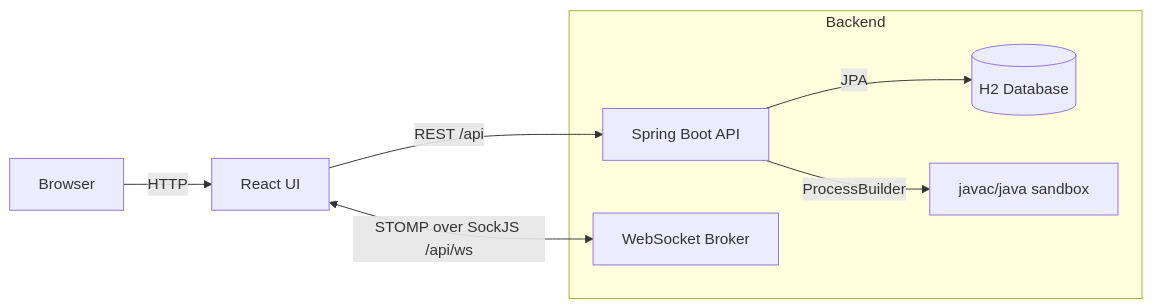
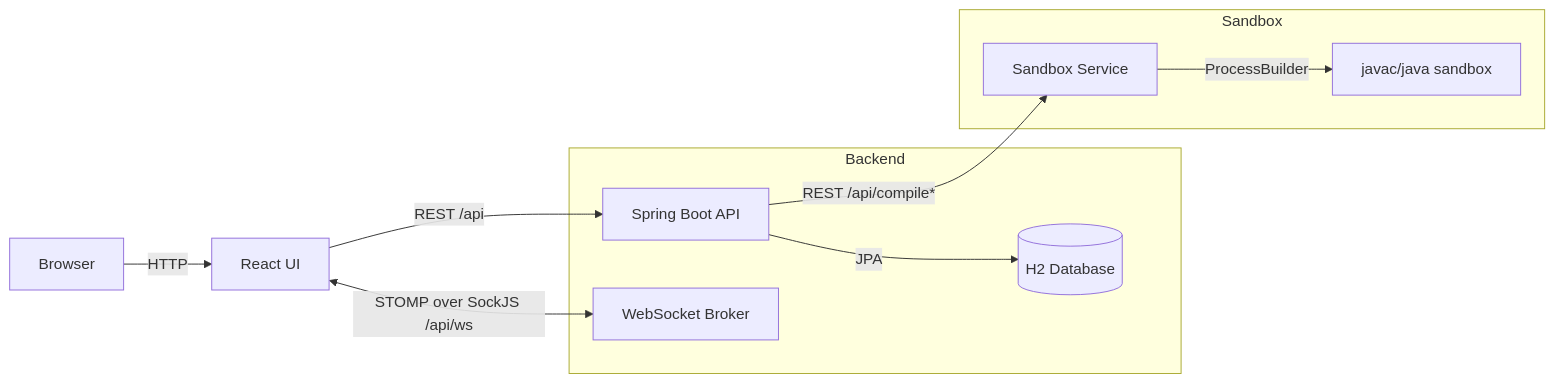
The diagram in docs/architecture.md (harshalpande/interview), drawn with Mermaid before and after one commit. The commit also changed other lines of this file and 25 other files, not shown here.

Commit message:
Split Java execution into dedicated sandbox service

````diff
--- a/docs/architecture.md
+++ b/docs/architecture.md
@@ -5,15 +5,20 @@
 ```mermaid
 flowchart LR
   U[Browser] -->|HTTP| FE[React UI]
   FE -->|REST /api| BE[Spring Boot API]
   FE <--> |STOMP over SockJS /api/ws| WS[WebSocket Broker]
   BE -->|JPA| DB[(H2 Database)]
-  BE -->|ProcessBuilder| JVM[javac/java sandbox]
+  BE -->|REST /api/compile*| SB[Sandbox Service]
+  SB -->|ProcessBuilder| JVM[javac/java sandbox]
 
   subgraph Backend
     BE
     WS
     DB
+  end
+
+  subgraph Sandbox
+    SB
     JVM
   end
 ```
````
